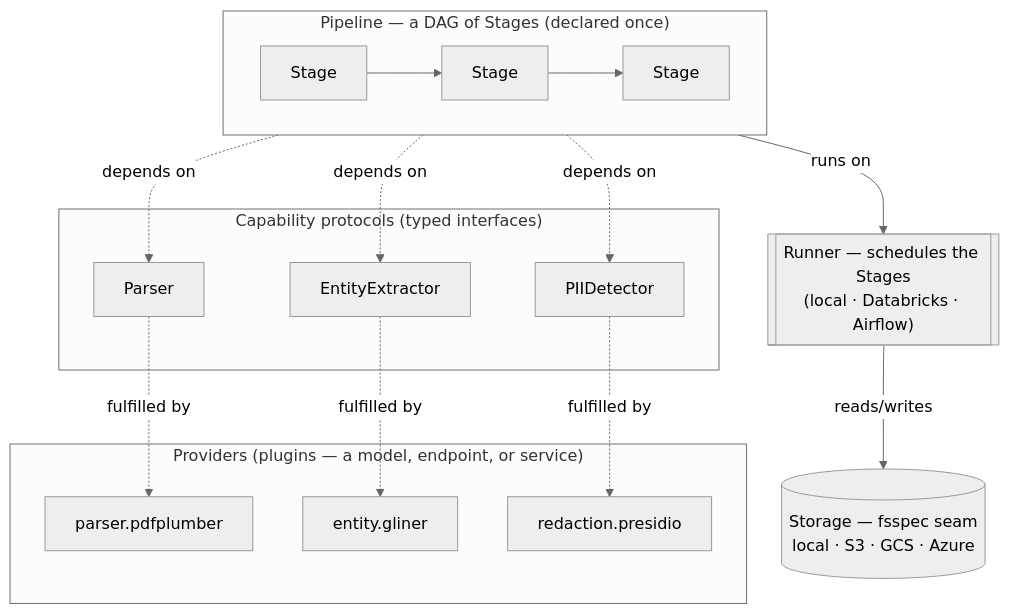
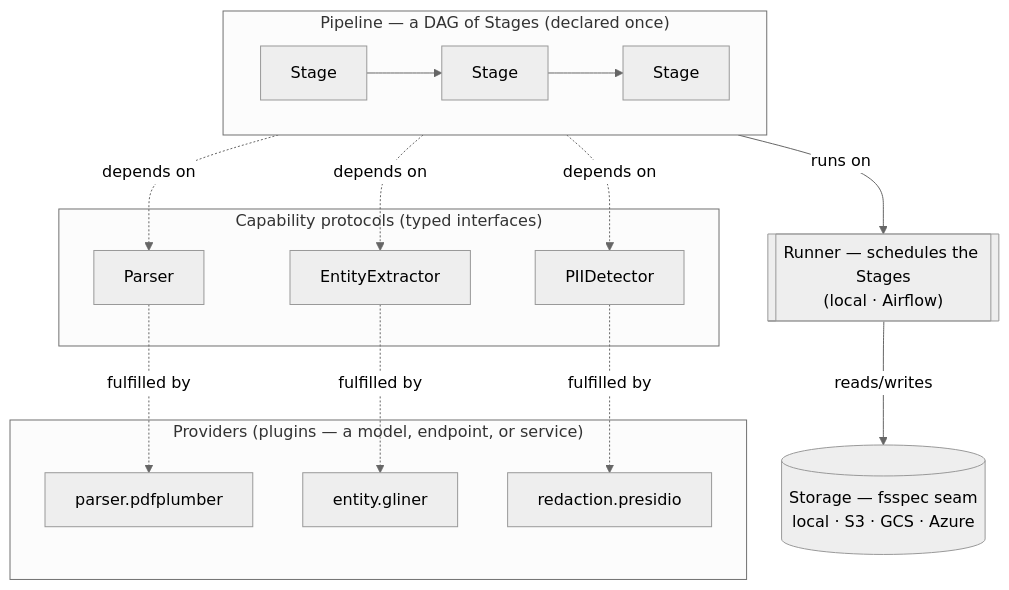
The diagram in docs/concepts/architecture.md (ddickmann/latence), drawn with Mermaid (neutral theme) before and after one commit. The commit also changed other lines of this file and 75 other files, not shown here.

````diff
--- a/docs/concepts/architecture.md
+++ b/docs/concepts/architecture.md
@@ -8,31 +8,31 @@
 ```mermaid
 flowchart TB
     subgraph Pipeline["Pipeline — a DAG of Stages (declared once)"]
         direction LR
         S1[Stage] --> S2[Stage] --> S3[Stage]
     end
 
     subgraph Capabilities["Capability protocols (typed interfaces)"]
         C1[Parser]
         C2[EntityExtractor]
         C3[PIIDetector]
     end
 
     subgraph Providers["Providers (plugins — a model, endpoint, or service)"]
         P1[parser.pdfplumber]
         P2[entity.gliner]
         P3[redaction.presidio]
     end
 
-    Runner[["Runner — schedules the Stages<br/>(local · Databricks · Airflow)"]]
+    Runner[["Runner — schedules the Stages<br/>(local · Airflow)"]]
     Storage[("Storage — fsspec seam<br/>local · S3 · GCS · Azure")]
 
     Pipeline -->|runs on| Runner
     Runner -->|reads/writes| Storage
     S1 -.depends on.-> C1
     S2 -.depends on.-> C2
     S3 -.depends on.-> C3
     C1 -.fulfilled by.-> P1
     C2 -.fulfilled by.-> P2
     C3 -.fulfilled by.-> P3
 ```
````
